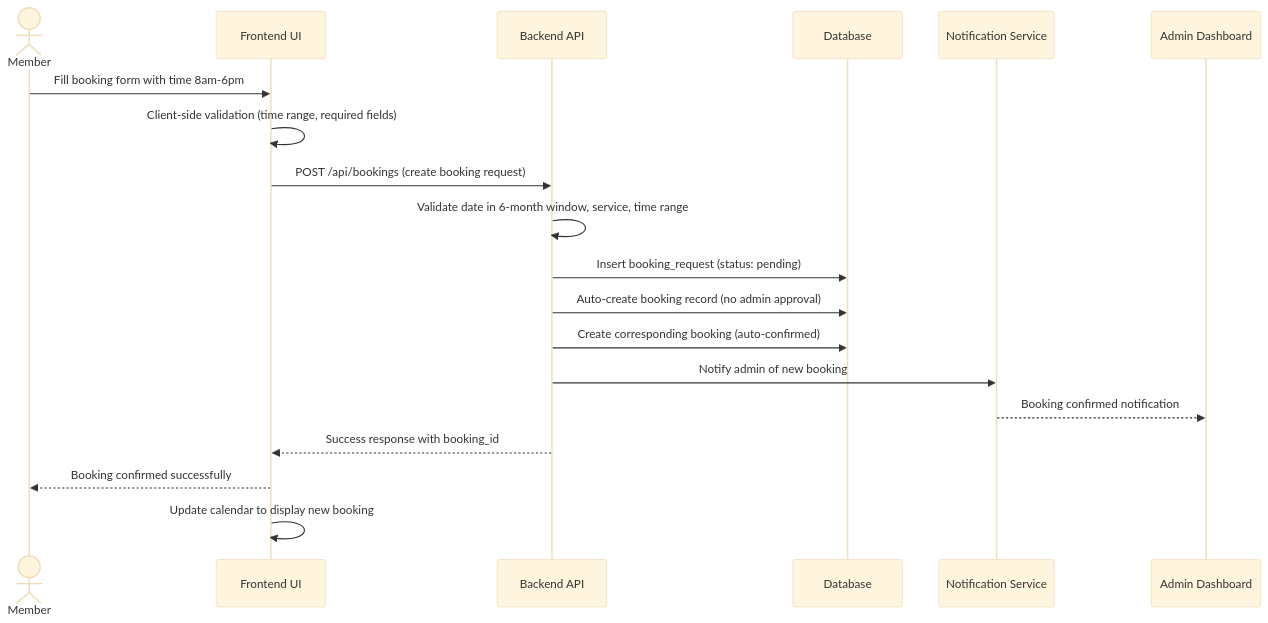
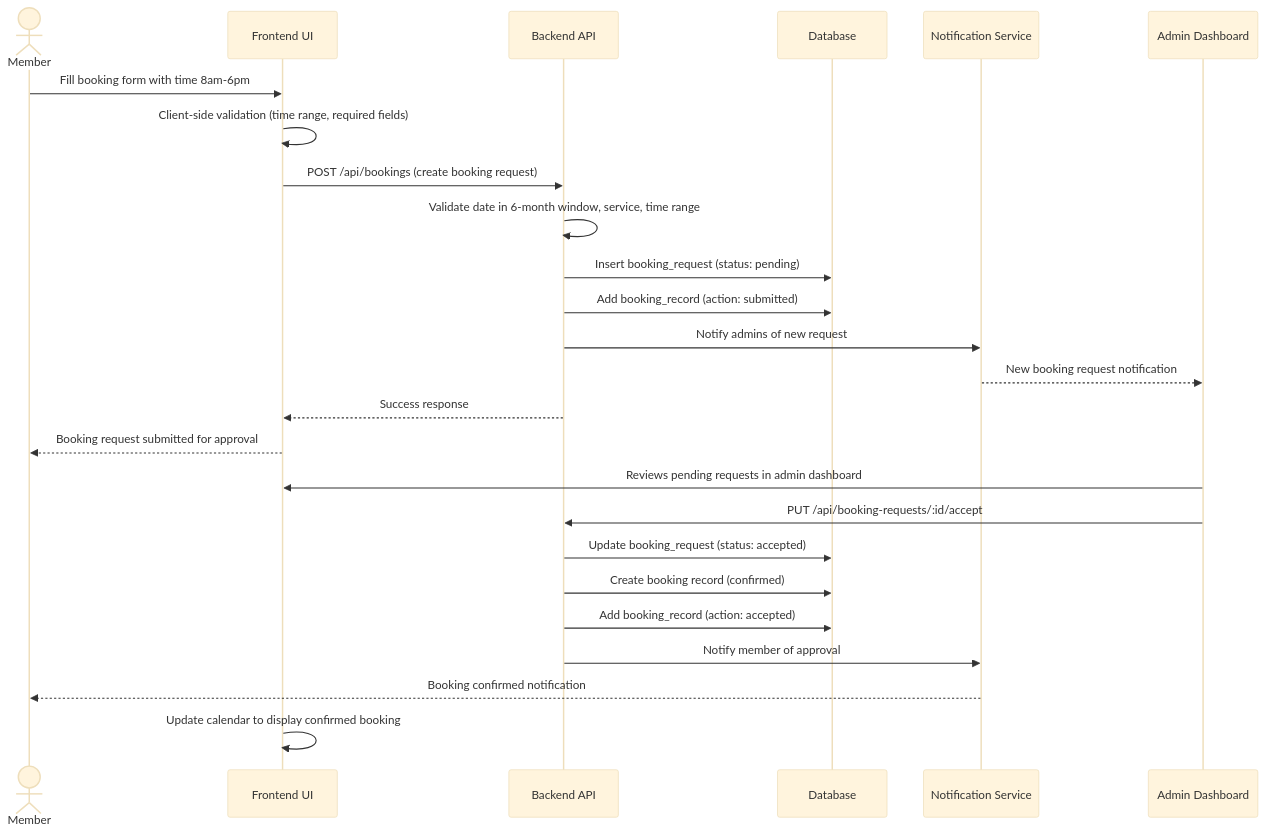
Before and after one commit to rcamarig-boop/church-booking-system: the third of 7 diagrams in PROJECT_DIAGRAMS.md, drawn with Mermaid (base theme). The commit also changed other lines of this file, not shown here.

Commit message:
fix: Correct booking workflow docs - requests require admin approval, not auto-booking

````diff
--- a/PROJECT_DIAGRAMS.md
+++ b/PROJECT_DIAGRAMS.md
@@ -89,22 +89,28 @@
 ```mermaid
 sequenceDiagram
   actor Member
   participant UI as Frontend UI
   participant API as Backend API
   participant DB as Database
   participant N as Notification Service
   participant Admin as Admin Dashboard
 
   Member->>UI: Fill booking form with time 8am-6pm
   UI->>UI: Client-side validation (time range, required fields)
   UI->>API: POST /api/bookings (create booking request)
   API->>API: Validate date in 6-month window, service, time range
   API->>DB: Insert booking_request (status: pending)
-  API->>DB: Auto-create booking record (no admin approval)
-  API->>DB: Create corresponding booking (auto-confirmed)
-  API->>N: Notify admin of new booking
-  N-->>Admin: Booking confirmed notification
-  API-->>UI: Success response with booking_id
-  UI-->>Member: Booking confirmed successfully
-  UI->>UI: Update calendar to display new booking
+  API->>DB: Add booking_record (action: submitted)
+  API->>N: Notify admins of new request
+  N-->>Admin: New booking request notification
+  API-->>UI: Success response
+  UI-->>Member: Booking request submitted for approval
+  Admin->>UI: Reviews pending requests in admin dashboard
+  Admin->>API: PUT /api/booking-requests/:id/accept
+  API->>DB: Update booking_request (status: accepted)
+  API->>DB: Create booking record (confirmed)
+  API->>DB: Add booking_record (action: accepted)
+  API->>N: Notify member of approval
+  N-->>Member: Booking confirmed notification
+  UI->>UI: Update calendar to display confirmed booking
 ```
````
